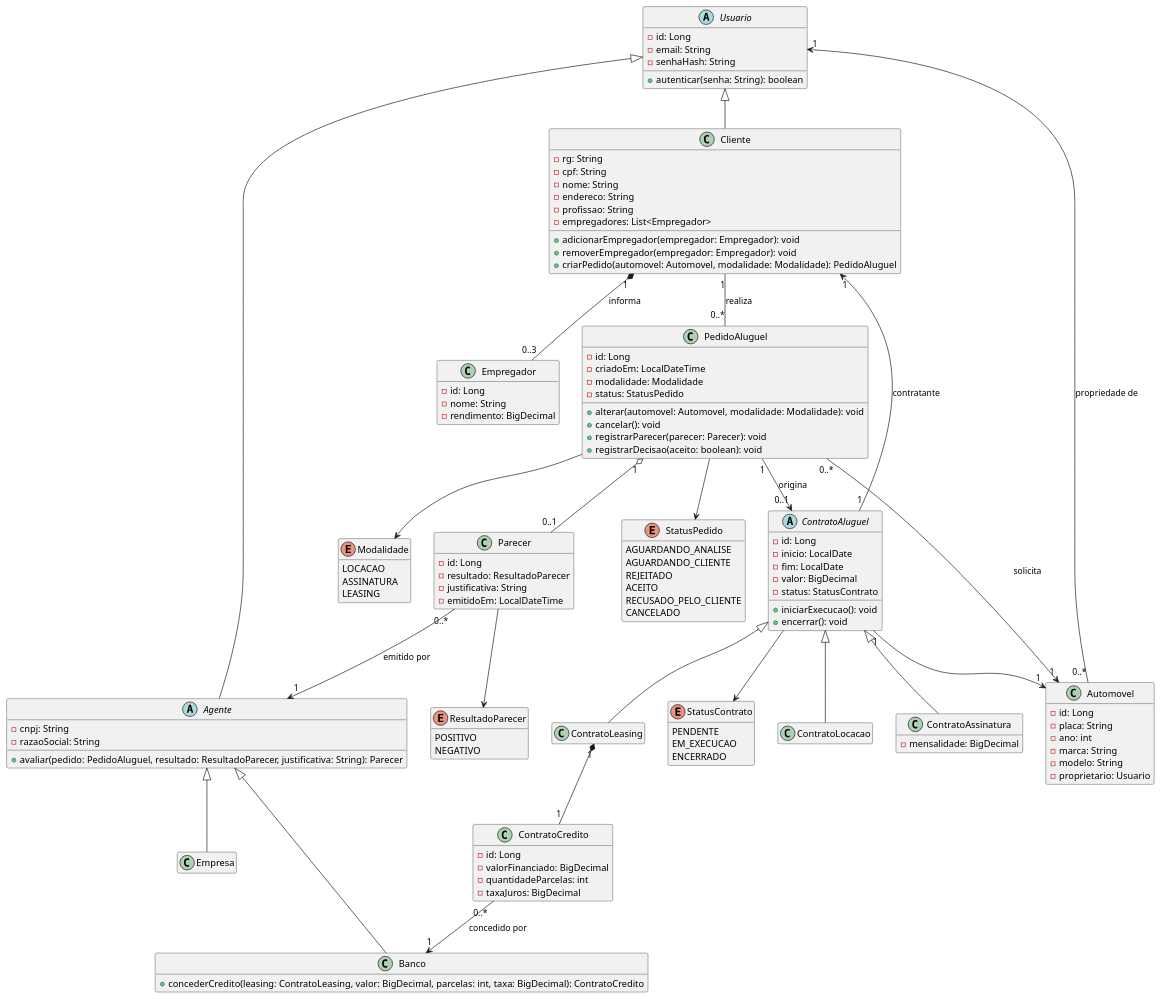
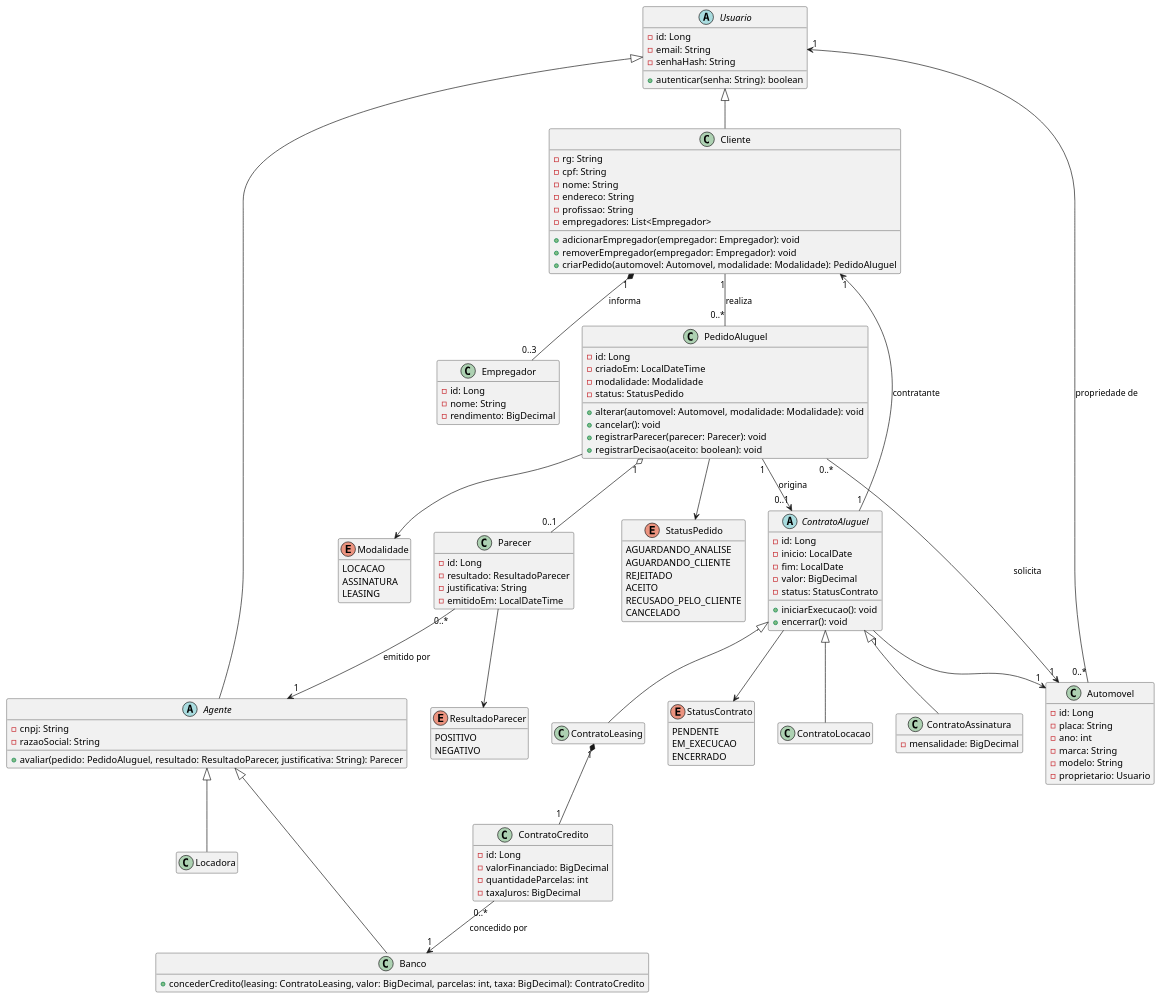
Before and after one commit to lucasnmc12/lab02-aluguel-carros: the diagram in docs/diagramas/diagrama-de-classes.puml, drawn with PlantUML. The commit also changed 9 other files, not shown here.

```diff
--- a/docs/diagramas/diagrama-de-classes.puml
+++ b/docs/diagramas/diagrama-de-classes.puml
@@ -1,136 +1,136 @@
 @startuml diagrama_classes_aluguel
 skinparam shadowing false
 hide empty members
 
 abstract class Usuario {
   -id: Long
   -email: String
   -senhaHash: String
   +autenticar(senha: String): boolean
 }
 
 class Cliente {
   -rg: String
   -cpf: String
   -nome: String
   -endereco: String
   -profissao: String
   -empregadores: List<Empregador>
   +adicionarEmpregador(empregador: Empregador): void
   +removerEmpregador(empregador: Empregador): void
   +criarPedido(automovel: Automovel, modalidade: Modalidade): PedidoAluguel
 }
 
 abstract class Agente {
   -cnpj: String
   -razaoSocial: String
   +avaliar(pedido: PedidoAluguel, resultado: ResultadoParecer, justificativa: String): Parecer
 }
 
-class Empresa
+class Locadora
 class Banco {
   +concederCredito(leasing: ContratoLeasing, valor: BigDecimal, parcelas: int, taxa: BigDecimal): ContratoCredito
 }
 
 class Empregador {
   -id: Long
   -nome: String
   -rendimento: BigDecimal
 }
 
 class Automovel {
   -id: Long
   -placa: String
   -ano: int
   -marca: String
   -modelo: String
   -proprietario: Usuario
 }
 
 class PedidoAluguel {
   -id: Long
   -criadoEm: LocalDateTime
   -modalidade: Modalidade
   -status: StatusPedido
   +alterar(automovel: Automovel, modalidade: Modalidade): void
   +cancelar(): void
   +registrarParecer(parecer: Parecer): void
   +registrarDecisao(aceito: boolean): void
 }
 
 class Parecer {
   -id: Long
   -resultado: ResultadoParecer
   -justificativa: String
   -emitidoEm: LocalDateTime
 }
 
 abstract class ContratoAluguel {
   -id: Long
   -inicio: LocalDate
   -fim: LocalDate
   -valor: BigDecimal
   -status: StatusContrato
   +iniciarExecucao(): void
   +encerrar(): void
 }
 
 class ContratoLocacao
 class ContratoAssinatura {
   -mensalidade: BigDecimal
 }
 class ContratoLeasing
 
 class ContratoCredito {
   -id: Long
   -valorFinanciado: BigDecimal
   -quantidadeParcelas: int
   -taxaJuros: BigDecimal
 }
 
 enum Modalidade {
   LOCACAO
   ASSINATURA
   LEASING
 }
 enum StatusPedido {
   AGUARDANDO_ANALISE
   AGUARDANDO_CLIENTE
   REJEITADO
   ACEITO
   RECUSADO_PELO_CLIENTE
   CANCELADO
 }
 enum ResultadoParecer {
   POSITIVO
   NEGATIVO
 }
 enum StatusContrato {
   PENDENTE
   EM_EXECUCAO
   ENCERRADO
 }
 
 Usuario <|-- Cliente
 Usuario <|-- Agente
-Agente <|-- Empresa
+Agente <|-- Locadora
 Agente <|-- Banco
 Cliente "1" *-- "0..3" Empregador : informa
 Cliente "1" -- "0..*" PedidoAluguel : realiza
 PedidoAluguel "0..*" --> "1" Automovel : solicita
 PedidoAluguel --> Modalidade
 PedidoAluguel --> StatusPedido
 PedidoAluguel "1" o-- "0..1" Parecer
 Parecer "0..*" --> "1" Agente : emitido por
 Parecer --> ResultadoParecer
 PedidoAluguel "1" --> "0..1" ContratoAluguel : origina
 ContratoAluguel <|-- ContratoLocacao
 ContratoAluguel <|-- ContratoAssinatura
 ContratoAluguel <|-- ContratoLeasing
 ContratoAluguel "1" --> "1" Cliente : contratante
 ContratoAluguel "1" --> "1" Automovel
 ContratoAluguel --> StatusContrato
 ContratoLeasing "1" *-- "1" ContratoCredito
 ContratoCredito "0..*" --> "1" Banco : concedido por
 Automovel "0..*" --> "1" Usuario : propriedade de
 @enduml
```
